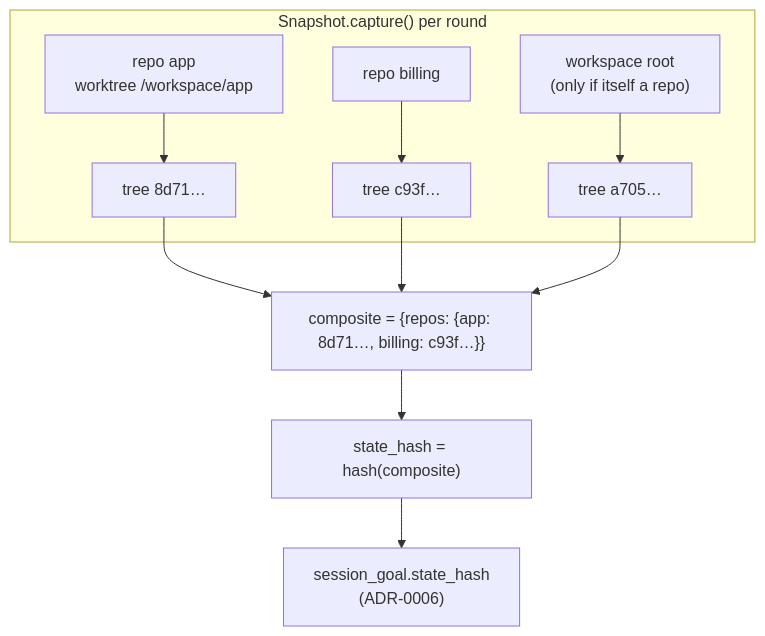
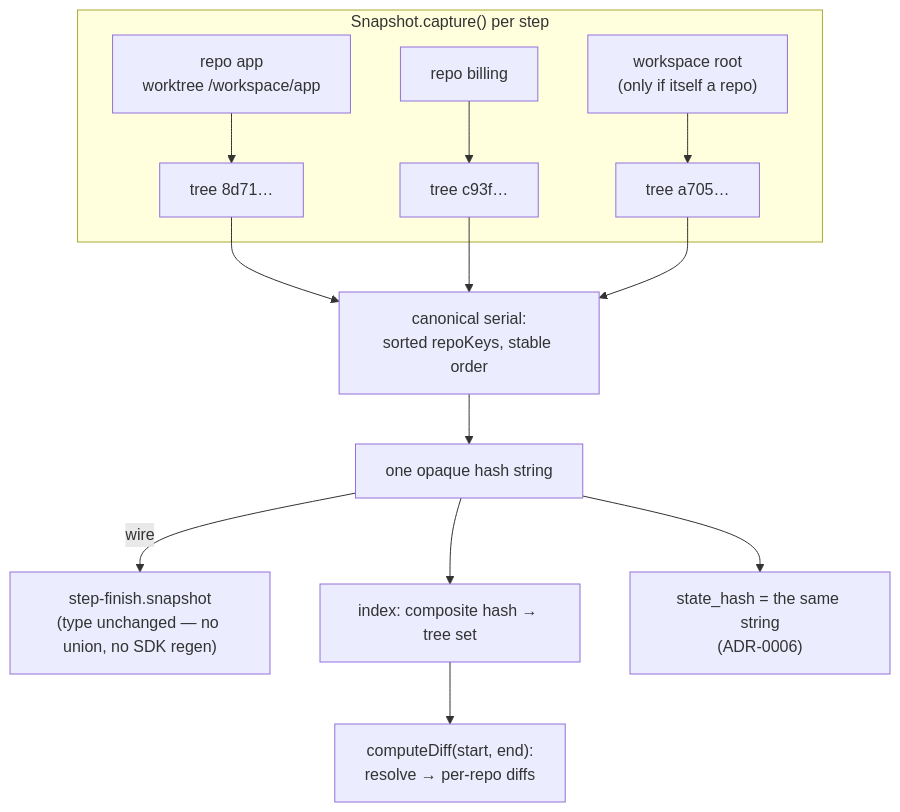
The second of 4 diagrams in docs/adr/0009-workspace-repos.md (x1nx3r/manica-dei), drawn with Mermaid before and after one commit. The commit also changed other lines of this file, not shown here.

Commit message:
docs: ADR-0009 — the composite serializes to one hash string; the wire never changes type

````diff
--- a/docs/adr/0009-workspace-repos.md
+++ b/docs/adr/0009-workspace-repos.md
@@ -131,10 +132,14 @@
 ```mermaid
 flowchart TD
-    subgraph capture ["Snapshot.capture() per round"]
+    subgraph capture ["Snapshot.capture() per step"]
         R1["repo app\nworktree /workspace/app"] --> T1["tree 8d71…"]
         R2["repo billing"] --> T2["tree c93f…"]
         R3["workspace root\n(only if itself a repo)"] --> T3["tree a705…"]
     end
-    T1 & T2 & T3 --> C["composite = {repos: {app: 8d71…, billing: c93f…}}"]
-    C --> H["state_hash = hash(composite)"] --> G["session_goal.state_hash\n(ADR-0006)"]
+    T1 & T2 & T3 --> CANON["canonical serial:\nsorted repoKeys, stable order"]
+    CANON --> H["one opaque hash string"]
+    H -->|wire| SF["step-finish.snapshot\n(type unchanged — no union, no SDK regen)"]
+    H --> I["index: composite hash → tree set"]
+    H --> G["state_hash = the same string\n(ADR-0006)"]
+    I --> D["computeDiff(start, end):\nresolve → per-repo diffs"]
 ```
````
